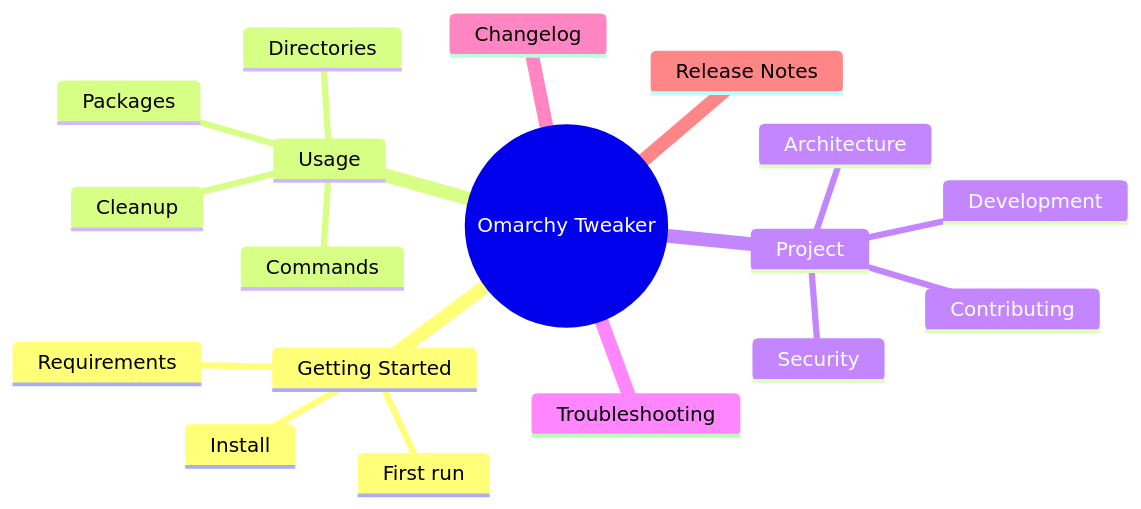
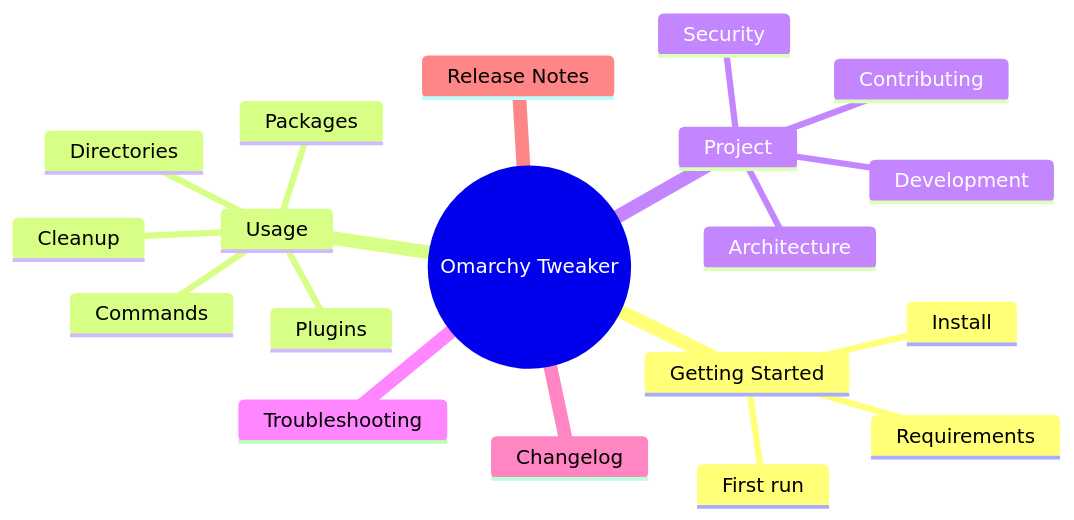
The third of 3 diagrams in docs/index.md (Armoghans-Organization/Omarchy-Tweaker), drawn with Mermaid before and after one commit. The commit also changed other lines of this file and 22 other files, not shown here.

````diff
--- a/docs/index.md
+++ b/docs/index.md
@@ -218,21 +228,22 @@
 ```mermaid
 mindmap
   root((Omarchy Tweaker))
     Getting Started
       Requirements
       Install
       First run
     Usage
       Commands
       Packages
+      Plugins
       Cleanup
       Directories
     Project
       Architecture
       Development
       Contributing
       Security
     Troubleshooting
     Changelog
     Release Notes
 ```
````
